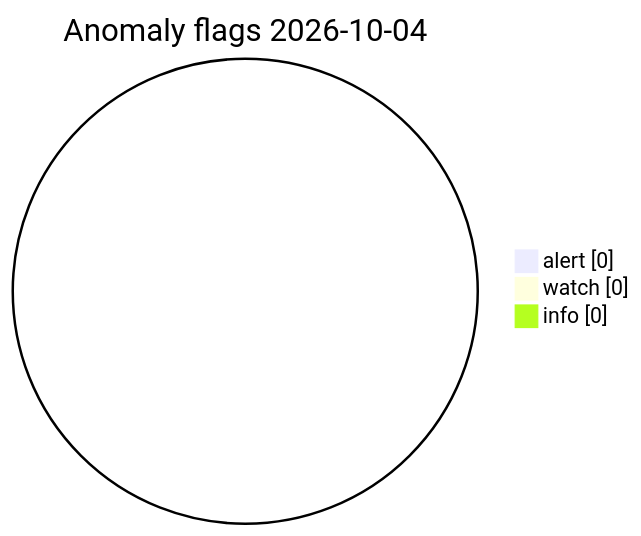
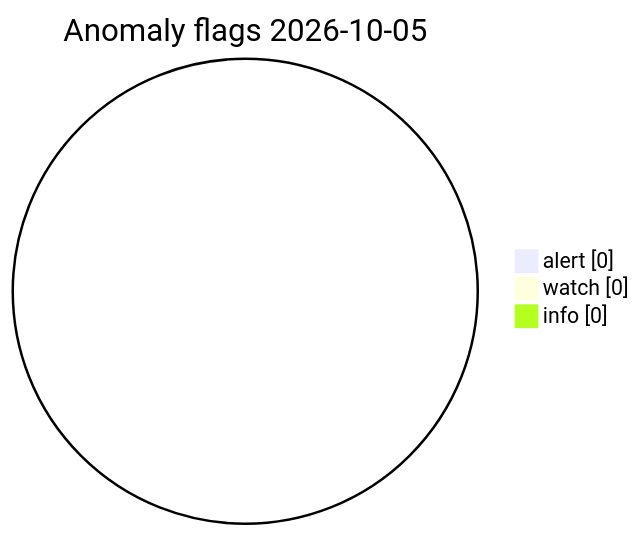
One commit to Midwest-Stratospheric/Unified-Open-Global-Weather changed the diagram in visuals/latest/CHARTS.md. Above: the diagram before and after it, drawn with Mermaid. The commit also changed other lines of this file and 11 other files, not shown here.

Commit message:
data(visuals): automated charts 2026-10-05T14:46Z

````diff
--- a/visuals/latest/CHARTS.md
+++ b/visuals/latest/CHARTS.md
@@ -73,7 +73,7 @@
 ```mermaid
 pie showData
-  title Anomaly flags 2026-10-04
+  title Anomaly flags 2026-10-05
   "alert" : 0
   "watch" : 0
   "info" : 0
 ```
````
